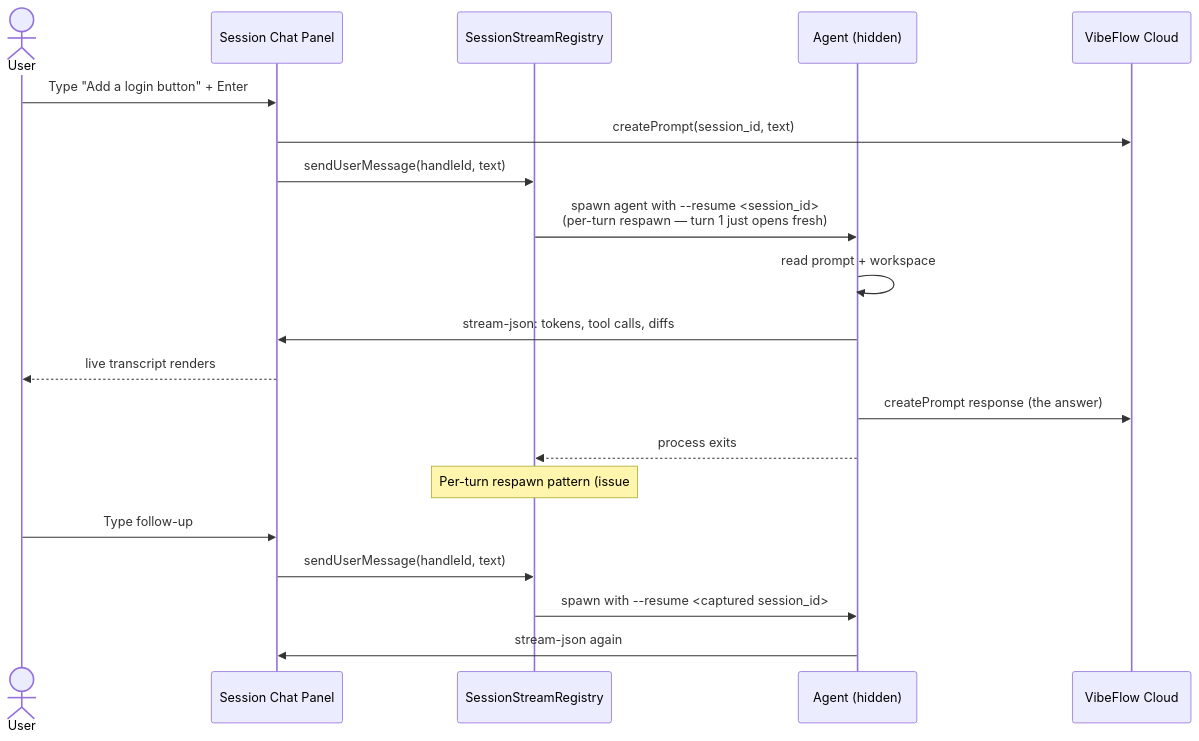
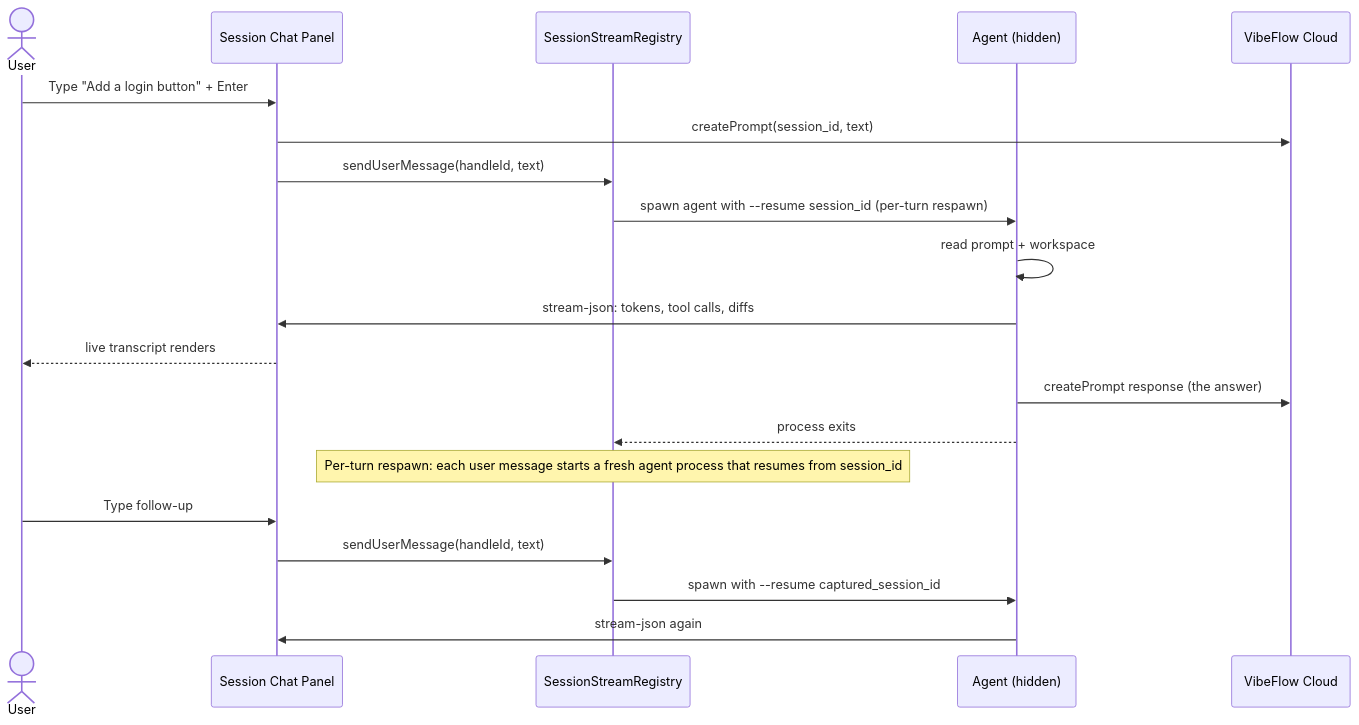
The fourth of 8 diagrams in docs/vscode-vibeflow/docs/workflows-and-flows.md (axiom-studio/vscode-vibeflow), drawn with Mermaid before and after one commit. The commit also changed other lines of this file, not shown here.

First line of the commit message:
fix: resolve Mermaid 11.15 syntax errors in workflows-and-flows

````diff
--- a/docs/vscode-vibeflow/docs/workflows-and-flows.md
+++ b/docs/vscode-vibeflow/docs/workflows-and-flows.md
@@ -139,24 +139,24 @@
 ```mermaid
 sequenceDiagram
     actor User
     participant Panel as Session Chat Panel
     participant Reg as SessionStreamRegistry
     participant Agent as Agent (hidden)
     participant Server as VibeFlow Cloud
 
     User->>Panel: Type "Add a login button" + Enter
     Panel->>Server: createPrompt(session_id, text)
     Panel->>Reg: sendUserMessage(handleId, text)
-    Reg->>Agent: spawn agent with --resume <session_id><br/>(per-turn respawn — turn 1 just opens fresh)
+    Reg->>Agent: spawn agent with --resume session_id (per-turn respawn)
     Agent->>Agent: read prompt + workspace
     Agent->>Panel: stream-json: tokens, tool calls, diffs
     Panel-->>User: live transcript renders
     Agent->>Server: createPrompt response (the answer)
     Agent-->>Reg: process exits
-    Note over Reg: Per-turn respawn pattern (issue #2305 fix):<br/>each user message starts a fresh agent process<br/>that resumes from session_id
+    Note over Reg: Per-turn respawn: each user message starts a fresh agent process that resumes from session_id
 
     User->>Panel: Type follow-up
     Panel->>Reg: sendUserMessage(handleId, text)
-    Reg->>Agent: spawn with --resume <captured session_id>
+    Reg->>Agent: spawn with --resume captured_session_id
     Agent->>Panel: stream-json again
 ```
````
